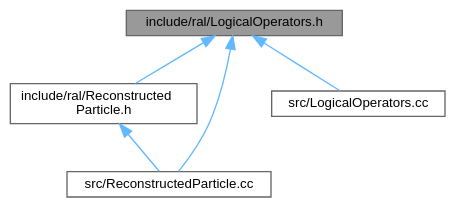
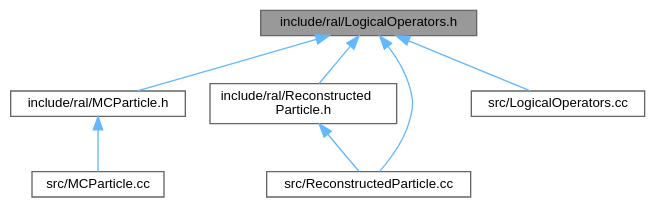
Before and after one commit to Juanki0396/ral: the diagram in docs/LogicalOperators_8h__dep__incl.dot, drawn with Graphviz. The commit also changed 34 other files, not shown here.

```diff
--- a/docs/LogicalOperators_8h__dep__incl.dot
+++ b/docs/LogicalOperators_8h__dep__incl.dot
@@ -1,15 +1,19 @@
 digraph "include/ral/LogicalOperators.h"
 {
  // LATEX_PDF_SIZE
   bgcolor="transparent";
   edge [fontname=Helvetica,fontsize=10,labelfontname=Helvetica,labelfontsize=10];
   node [fontname=Helvetica,fontsize=10,shape=box,height=0.2,width=0.4];
   Node1 [id="Node000001",label="include/ral/LogicalOperators.h",height=0.2,width=0.4,color="gray40", fillcolor="grey60", style="filled", fontcolor="black",tooltip=" "];
   Node1 -> Node2 [id="edge1_Node000001_Node000002",dir="back",color="steelblue1",style="solid",tooltip=" "];
-  Node2 [id="Node000002",label="include/ral/Reconstructed\lParticle.h",height=0.2,width=0.4,color="grey40", fillcolor="white", style="filled",URL="$ReconstructedParticle_8h.html",tooltip=" "];
+  Node2 [id="Node000002",label="include/ral/MCParticle.h",height=0.2,width=0.4,color="grey40", fillcolor="white", style="filled",URL="$MCParticle_8h.html",tooltip=" "];
   Node2 -> Node3 [id="edge2_Node000002_Node000003",dir="back",color="steelblue1",style="solid",tooltip=" "];
-  Node3 [id="Node000003",label="src/ReconstructedParticle.cc",height=0.2,width=0.4,color="grey40", fillcolor="white", style="filled",URL="$ReconstructedParticle_8cc.html",tooltip=" "];
+  Node3 [id="Node000003",label="src/MCParticle.cc",height=0.2,width=0.4,color="grey40", fillcolor="white", style="filled",URL="$MCParticle_8cc.html",tooltip=" "];
   Node1 -> Node4 [id="edge3_Node000001_Node000004",dir="back",color="steelblue1",style="solid",tooltip=" "];
-  Node4 [id="Node000004",label="src/LogicalOperators.cc",height=0.2,width=0.4,color="grey40", fillcolor="white", style="filled",URL="$LogicalOperators_8cc.html",tooltip=" "];
-  Node1 -> Node3 [id="edge4_Node000001_Node000003",dir="back",color="steelblue1",style="solid",tooltip=" "];
+  Node4 [id="Node000004",label="include/ral/Reconstructed\lParticle.h",height=0.2,width=0.4,color="grey40", fillcolor="white", style="filled",URL="$ReconstructedParticle_8h.html",tooltip=" "];
+  Node4 -> Node5 [id="edge4_Node000004_Node000005",dir="back",color="steelblue1",style="solid",tooltip=" "];
+  Node5 [id="Node000005",label="src/ReconstructedParticle.cc",height=0.2,width=0.4,color="grey40", fillcolor="white", style="filled",URL="$ReconstructedParticle_8cc.html",tooltip=" "];
+  Node1 -> Node6 [id="edge5_Node000001_Node000006",dir="back",color="steelblue1",style="solid",tooltip=" "];
+  Node6 [id="Node000006",label="src/LogicalOperators.cc",height=0.2,width=0.4,color="grey40", fillcolor="white", style="filled",URL="$LogicalOperators_8cc.html",tooltip=" "];
+  Node1 -> Node5 [id="edge6_Node000001_Node000005",dir="back",color="steelblue1",style="solid",tooltip=" "];
 }
```
